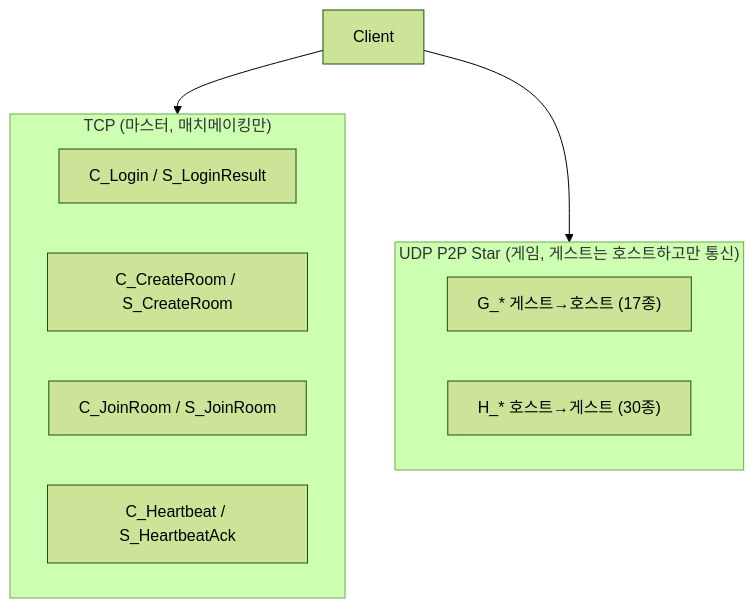
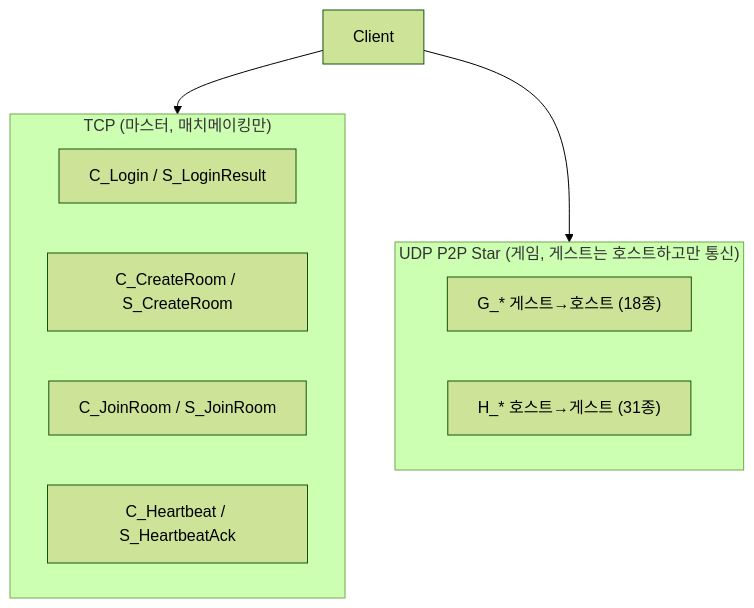
The diagram in Docs/development/network-packets.md (ksjgusdh123/PocoPoachers), drawn with Mermaid (forest theme) before and after one commit. The commit also changed other lines of this file and 32 other files, not shown here.

````diff
--- a/Docs/development/network-packets.md
+++ b/Docs/development/network-packets.md
@@ -12,17 +12,17 @@
 ```mermaid
 flowchart TB
     subgraph TCP["TCP (마스터, 매치메이킹만)"]
         Login[C_Login / S_LoginResult]
         Room[C_CreateRoom / S_CreateRoom]
         Join[C_JoinRoom / S_JoinRoom]
         HB[C_Heartbeat / S_HeartbeatAck]
     end
 
     subgraph UDP["UDP P2P Star (게임, 게스트는 호스트하고만 통신)"]
-        G["G_* 게스트→호스트 (17종)"]
-        H["H_* 호스트→게스트 (30종)"]
+        G["G_* 게스트→호스트 (18종)"]
+        H["H_* 호스트→게스트 (31종)"]
     end
 
     Client --> TCP
     Client --> UDP
 ```
````
